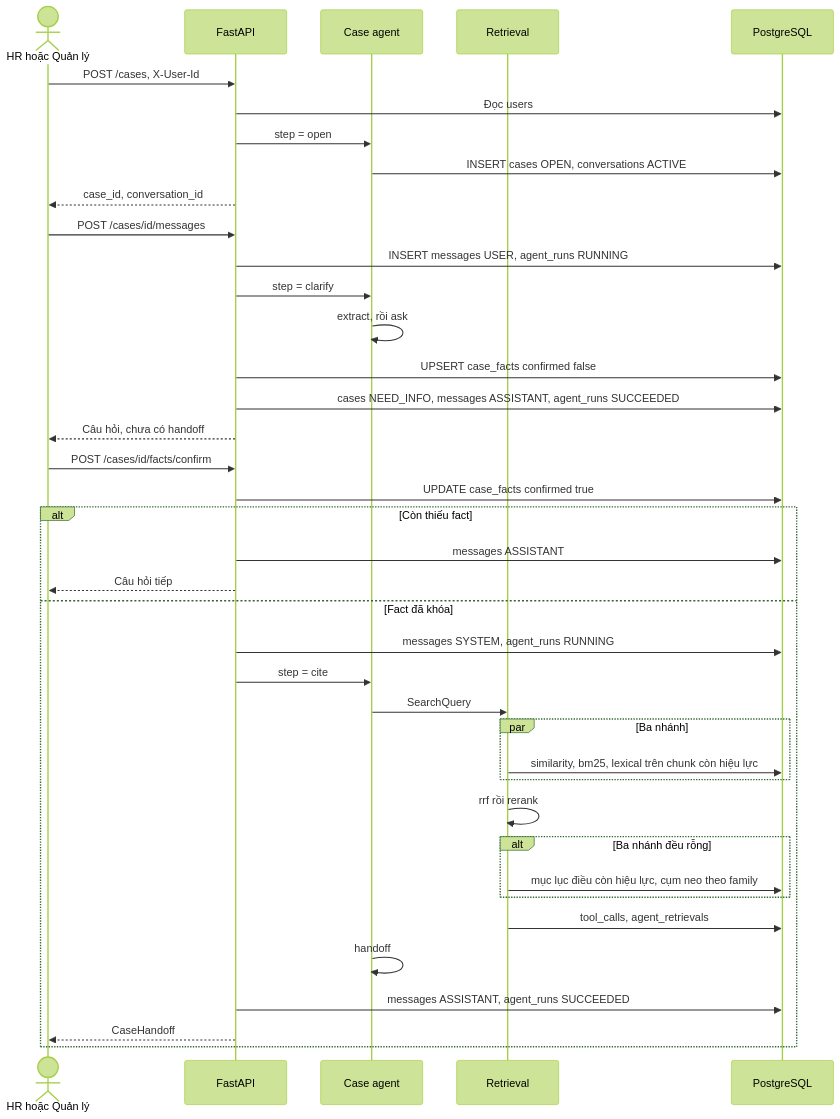
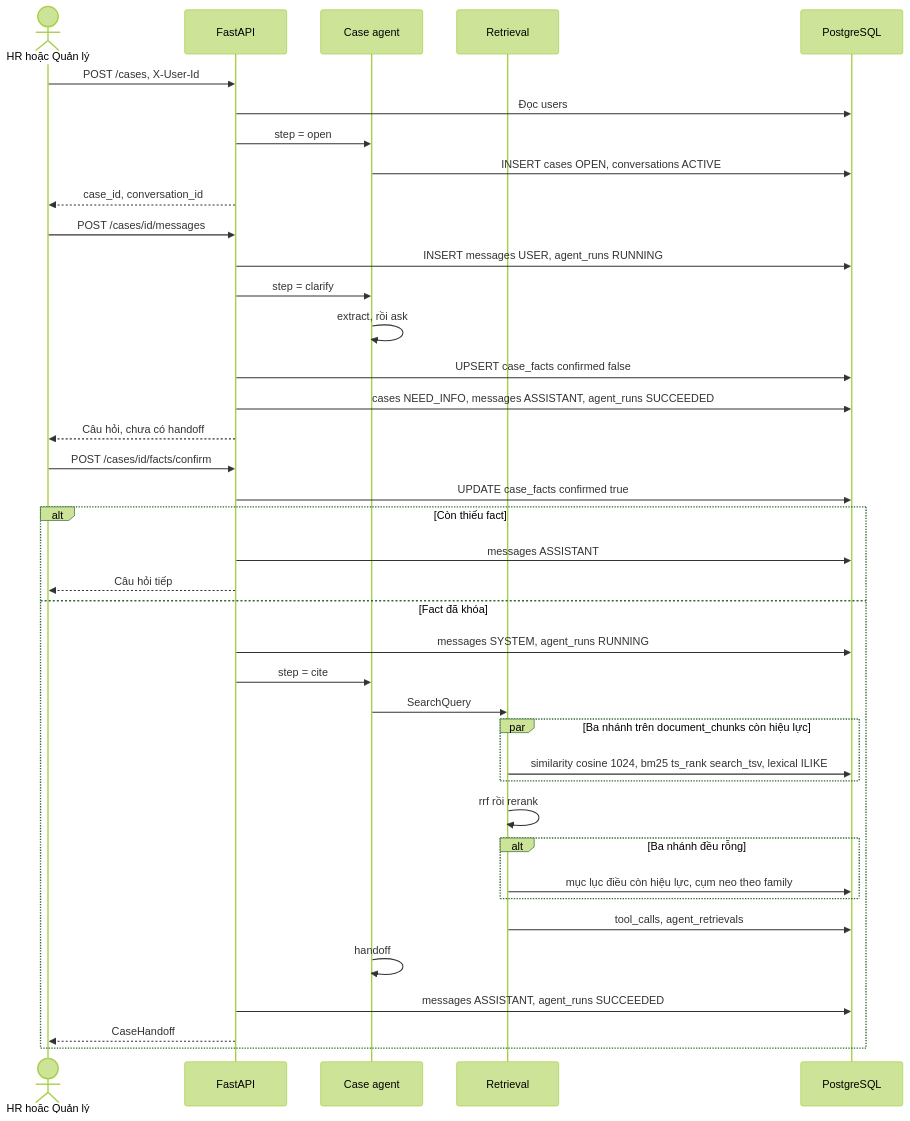
Before and after one commit to Tuan-Nguyen-Minhh/HRHelp: the diagram in docs/features/checklist-case-agent.md, drawn with Mermaid (forest theme). The commit also changed other lines of this file and 7 other files, not shown here.

Commit message:
feat(retrieval): Update BM25 scoring to use ts_rank on search_tsv and refine similarity retrieval logic

````diff
--- a/docs/features/checklist-case-agent.md
+++ b/docs/features/checklist-case-agent.md
@@ -58,44 +58,44 @@
 ```mermaid
 sequenceDiagram
     actor HR as HR hoặc Quản lý
     participant API as FastAPI
     participant AG as Case agent
     participant RET as Retrieval
     participant DB as PostgreSQL
 
     HR->>API: POST /cases, X-User-Id
     API->>DB: Đọc users
     API->>AG: step = open
     AG->>DB: INSERT cases OPEN, conversations ACTIVE
     API-->>HR: case_id, conversation_id
 
     HR->>API: POST /cases/id/messages
     API->>DB: INSERT messages USER, agent_runs RUNNING
     API->>AG: step = clarify
     AG->>AG: extract, rồi ask
     API->>DB: UPSERT case_facts confirmed false
     API->>DB: cases NEED_INFO, messages ASSISTANT, agent_runs SUCCEEDED
     API-->>HR: Câu hỏi, chưa có handoff
 
     HR->>API: POST /cases/id/facts/confirm
     API->>DB: UPDATE case_facts confirmed true
     alt Còn thiếu fact
         API->>DB: messages ASSISTANT
         API-->>HR: Câu hỏi tiếp
     else Fact đã khóa
         API->>DB: messages SYSTEM, agent_runs RUNNING
         API->>AG: step = cite
         AG->>RET: SearchQuery
-        par Ba nhánh
-            RET->>DB: similarity, bm25, lexical trên chunk còn hiệu lực
+        par Ba nhánh trên document_chunks còn hiệu lực
+            RET->>DB: similarity cosine 1024, bm25 ts_rank search_tsv, lexical ILIKE
         end
         RET->>RET: rrf rồi rerank
         alt Ba nhánh đều rỗng
             RET->>DB: mục lục điều còn hiệu lực, cụm neo theo family
         end
         RET->>DB: tool_calls, agent_retrievals
         AG->>AG: handoff
         API->>DB: messages ASSISTANT, agent_runs SUCCEEDED
         API-->>HR: CaseHandoff
     end
 ```
````
